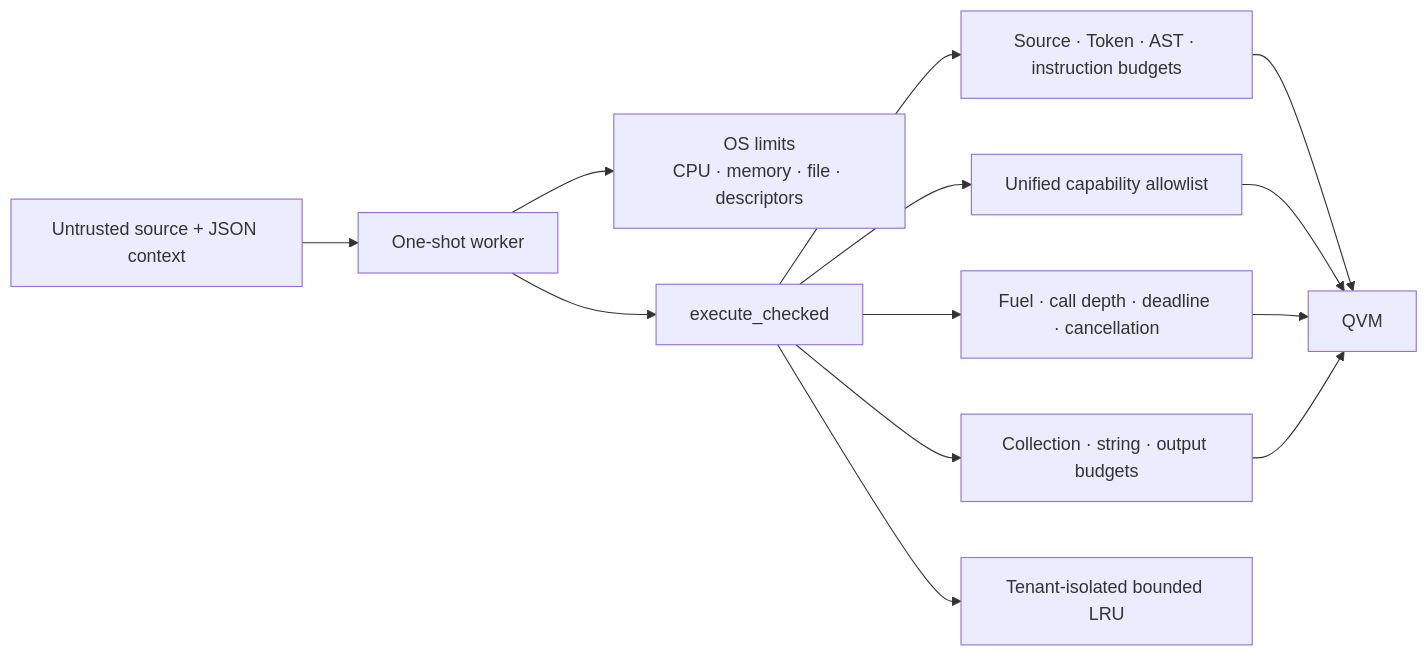
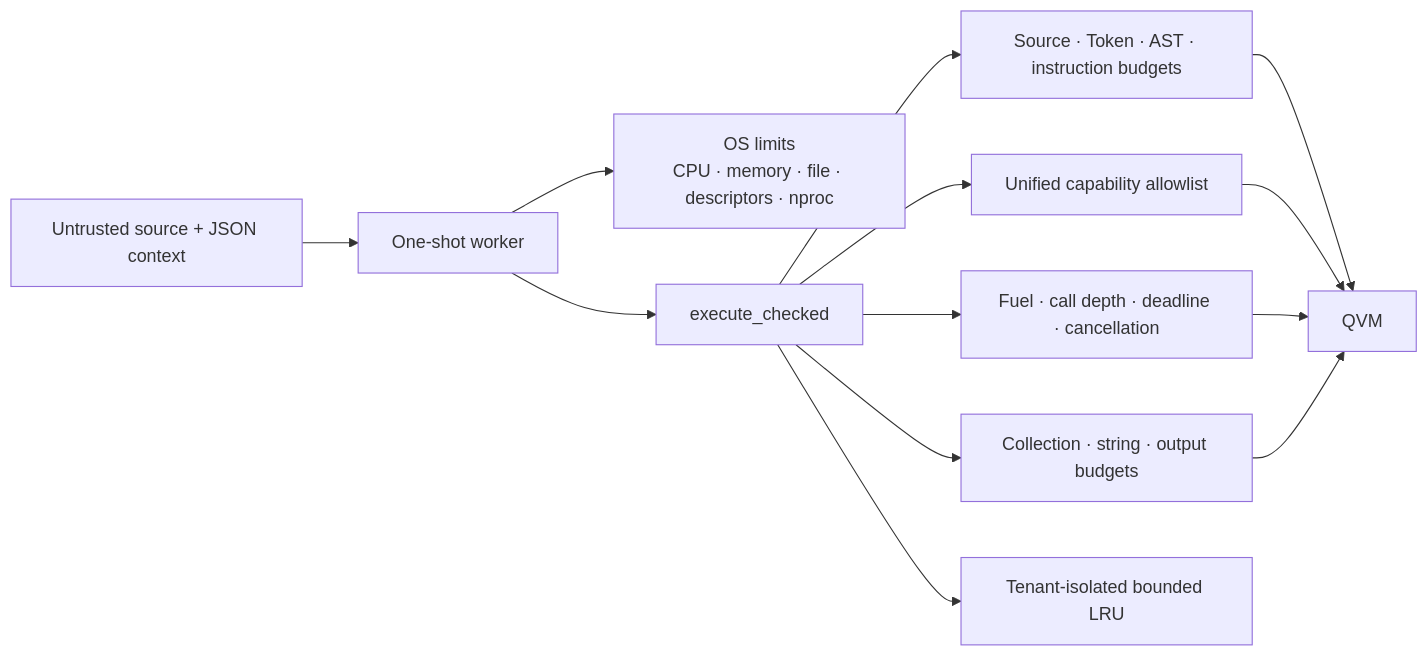
The first of 2 diagrams in docs/Security-Sandbox.md (easy-4-rust/qlexpress-rust), drawn with Mermaid before and after one commit. The commit also changed other lines of this file and 15 other files, not shown here.

````diff
--- a/docs/Security-Sandbox.md
+++ b/docs/Security-Sandbox.md
@@ -10,15 +10,15 @@
 ```mermaid
 flowchart LR
     U["Untrusted source + JSON context"] --> W["One-shot worker"]
-    W --> O["OS limits<br/>CPU · memory · file · descriptors"]
+    W --> O["OS limits<br/>CPU · memory · file · descriptors · nproc"]
     W --> E["execute_checked"]
     E --> P["Source · Token · AST · instruction budgets"]
     E --> C["Unified capability allowlist"]
     E --> R["Fuel · call depth · deadline · cancellation"]
     E --> V["Collection · string · output budgets"]
     E --> L["Tenant-isolated bounded LRU"]
     P --> Q["QVM"]
     C --> Q
     R --> Q
     V --> Q
 ```
````
